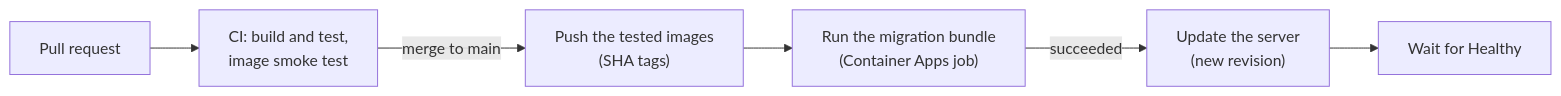
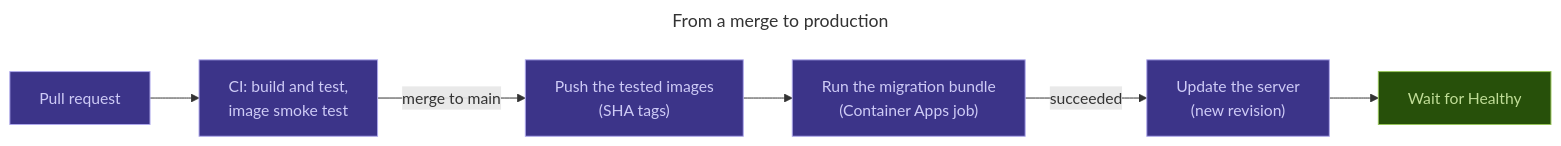
The second of 2 diagrams in README.md (Austin-Castillo/todo), drawn with Mermaid before and after one commit. The commit also changed other lines of this file, not shown here.

Commit message:
Add a diagram of the Azure side to the README

````diff
--- a/README.md
+++ b/README.md
@@ -17,8 +50,16 @@
 ```mermaid
+---
+title: "From a merge to production"
+---
 flowchart LR
+    accTitle: From a merge to production
+    accDescr: A pull request ran CI; on merge to main the tested images were pushed by commit SHA, the migration bundle ran as a Container Apps job, and only if it succeeded was the server updated and checked for health.
     PR[Pull request] --> CI["CI: build and test,<br/>image smoke test"]
     CI -->|merge to main| Push["Push the tested images<br/>(SHA tags)"]
     Push --> Migrate["Run the migration bundle<br/>(Container Apps job)"]
     Migrate -->|succeeded| Deploy["Update the server<br/>(new revision)"]
     Deploy --> Healthy[Wait for Healthy]
+    classDef default fill:#3C3489,stroke:#AFA9EC,color:#CECBF6
+    classDef ok fill:#27500A,stroke:#97C459,color:#C0DD97
+    class Healthy ok
 ```
````
